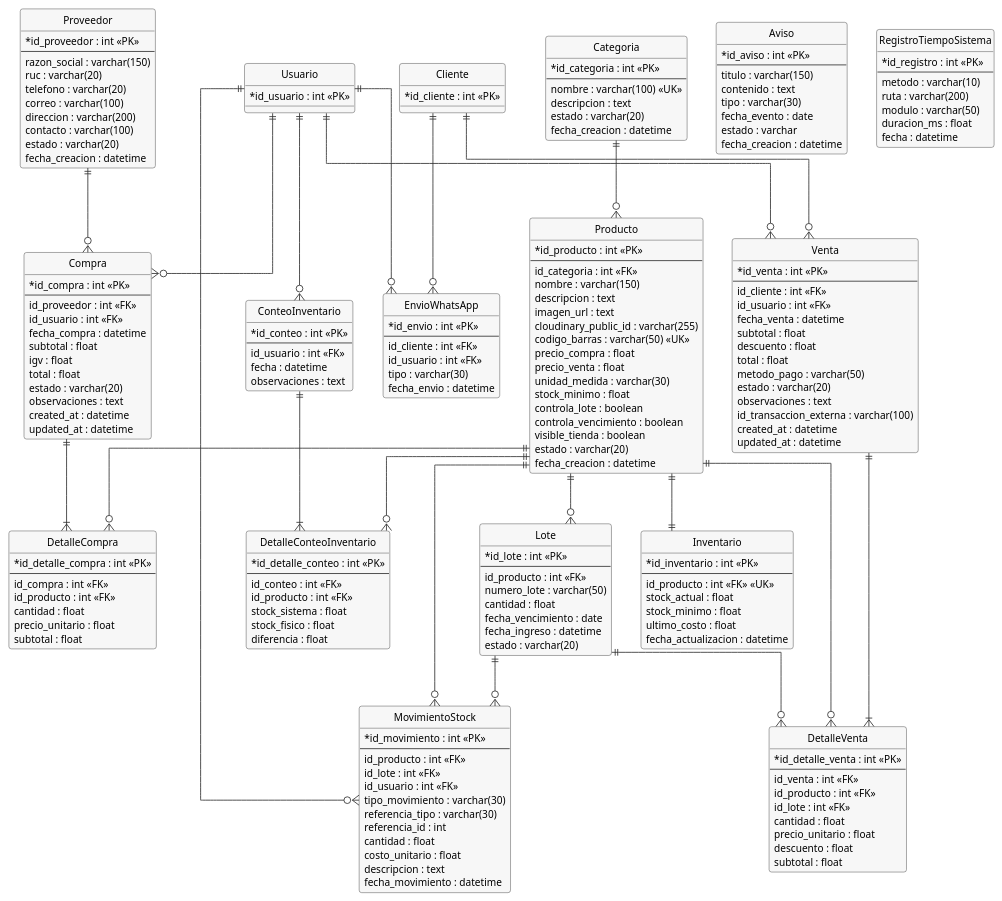
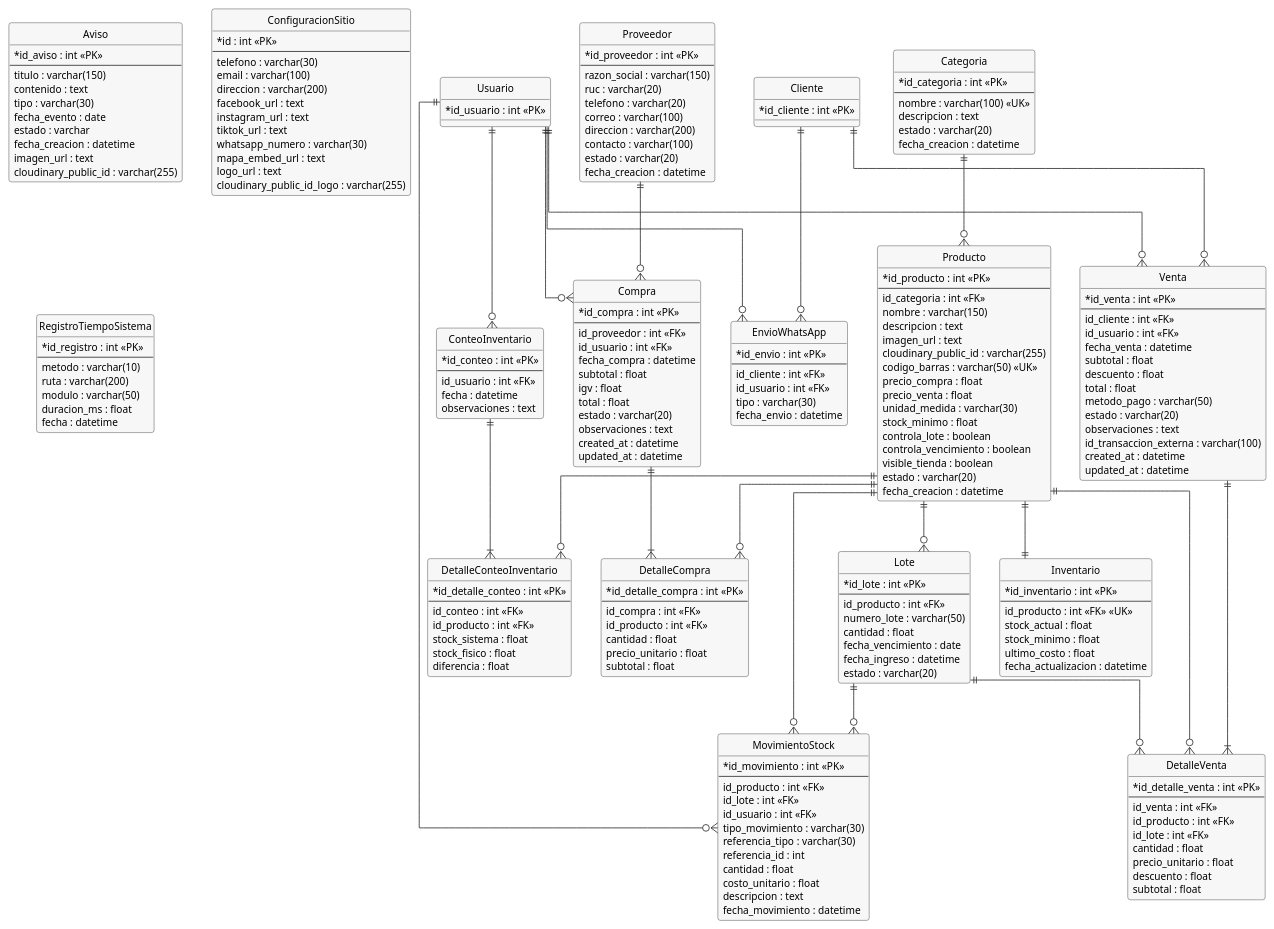
The seventh of 11 diagrams in docs/07_Gestion_Proyecto/Intervencion_Metodologica.md (KeenGuerra/GleyforGymInvestigacion), drawn with PlantUML before and after one commit. The commit also changed other lines of this file and 12 other files, not shown here.

First line of the commit message:
docs: documenta configuracion del sitio, avisos con imagen y correccion de zona horaria

```diff
--- a/docs/07_Gestion_Proyecto/Intervencion_Metodologica.md
+++ b/docs/07_Gestion_Proyecto/Intervencion_Metodologica.md
@@ -1062,6 +1072,22 @@
   fecha_evento : date
   estado : varchar
   fecha_creacion : datetime
+  imagen_url : text
+  cloudinary_public_id : varchar(255)
+}
+entity "ConfiguracionSitio" as CONFIGURACION_SITIO {
+  * id : int <<PK>>
+  --
+  telefono : varchar(30)
+  email : varchar(100)
+  direccion : varchar(200)
+  facebook_url : text
+  instagram_url : text
+  tiktok_url : text
+  whatsapp_numero : varchar(30)
+  mapa_embed_url : text
+  logo_url : text
+  cloudinary_public_id_logo : varchar(255)
 }
 entity "EnvioWhatsApp" as ENVIO_WHATSAPP {
   * id_envio : int <<PK>>
```
